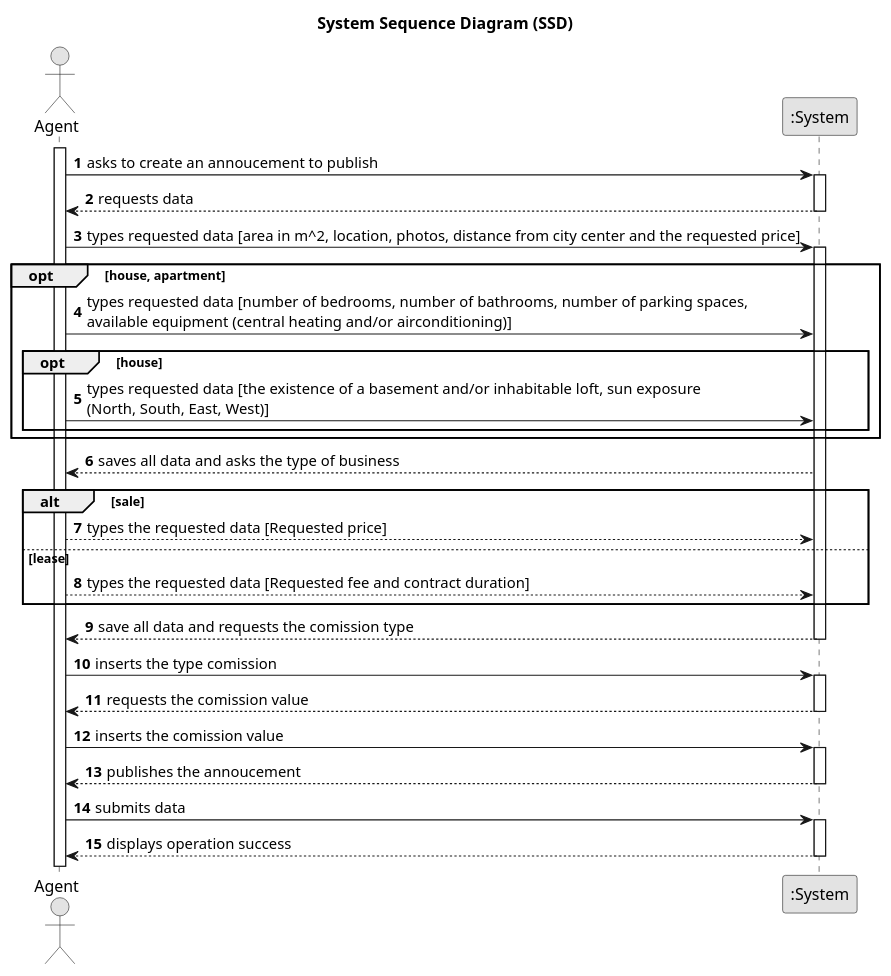
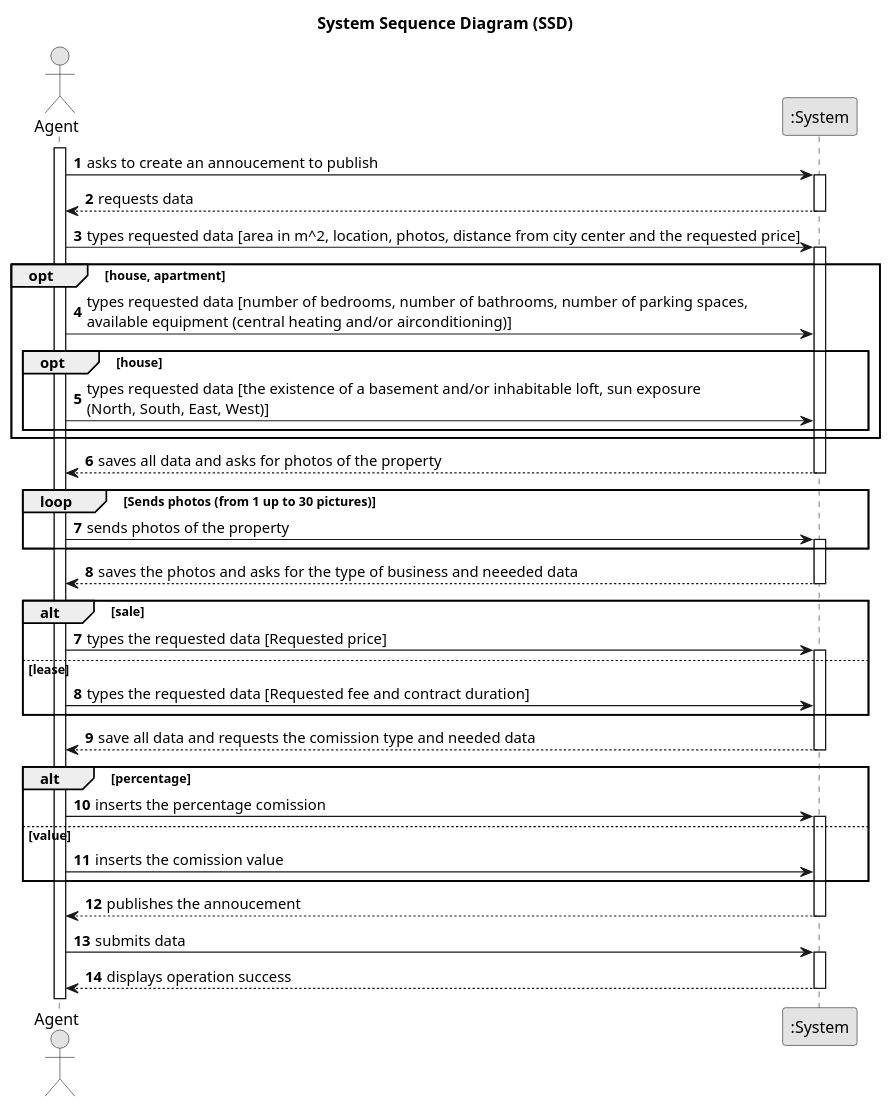
The diagram in docs/sprintB/US02/01.requirements-engineering/puml/us02-system-sequence-diagram.puml (PureNimble/ISEP-LAPR2), drawn with PlantUML before and after one commit. The commit also changed 10 other files, not shown here.

First line of the commit message:
small error resolution of domain module and system sequence diagram

```diff
--- a/docs/sprintB/US02/01.requirements-engineering/puml/us02-system-sequence-diagram.puml
+++ b/docs/sprintB/US02/01.requirements-engineering/puml/us02-system-sequence-diagram.puml
@@ -1,69 +1,85 @@
 @startuml
 'https://plantuml.com/sequence-diagram
 skinparam monochrome true
 skinparam packageStyle rectangle
 skinparam shadowing false
 
 title System Sequence Diagram (SSD)
 
  autonumber
 actor "Agent" as Agent
 participant ":System" as System
 
 activate Agent
 
     Agent -> System : asks to create an annoucement to publish
         activate System
 
     System --> Agent : requests data
         deactivate System
 
     Agent -> System : types requested data [area in m^2, location, photos, distance from city center and the requested price]
         activate System
 
     opt house, apartment
         autonumber 4
         Agent -> System : types requested data [number of bedrooms, number of bathrooms, number of parking spaces, \navailable equipment (central heating and/or airconditioning)]
 
         opt house
             autonumber 5
             Agent -> System : types requested data [the existence of a basement and/or inhabitable loft, sun exposure \n(North, South, East, West)]
         end
     end
 
-    System ---> Agent : saves all data and asks the type of business
+    System ---> Agent : saves all data and asks for photos of the property
+        deactivate System
+
+    loop Sends photos (from 1 up to 30 pictures)
+
+        Agent -> System : sends photos of the property
+            activate System
+        end
+
+
+
+
+    System ---> Agent : saves the photos and asks for the type of business and neeeded data
+        deactivate System
 
     alt sale
 
         autonumber 7
 
-        Agent ---> System : types the requested data [Requested price]
+        Agent -> System : types the requested data [Requested price]
+            activate System
 
         else lease
 
-            Agent ---> System : types the requested data [Requested fee and contract duration]
+            Agent -> System : types the requested data [Requested fee and contract duration]
 
     end
 
-    System --> Agent : save all data and requests the comission type
+    System --> Agent : save all data and requests the comission type and needed data
         deactivate System
 
-    Agent -> System : inserts the type comission
+    alt percentage
+
+    Agent -> System : inserts the percentage comission
         activate System
 
-    System --> Agent : requests the comission value
-        deactivate System
+    else value
 
-    Agent -> System : inserts the comission value
-        activate System
+        Agent -> System : inserts the comission value
+
+    end
 
     System --> Agent : publishes the annoucement
         deactivate System
 
     Agent -> System : submits data
         activate System
 
     System --> Agent : displays operation success
         deactivate System
 
  @enduml
```
